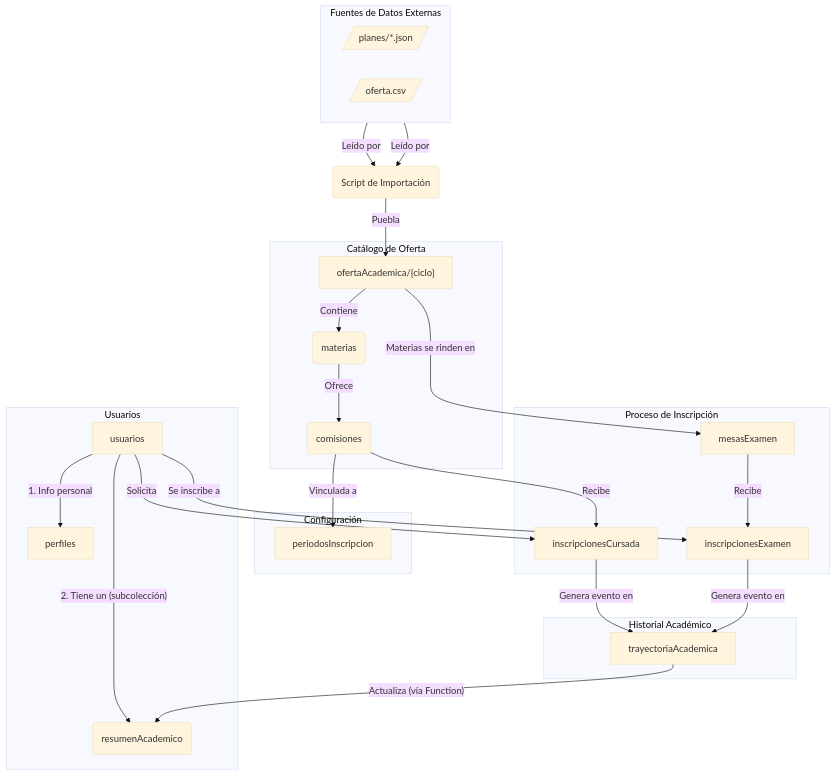
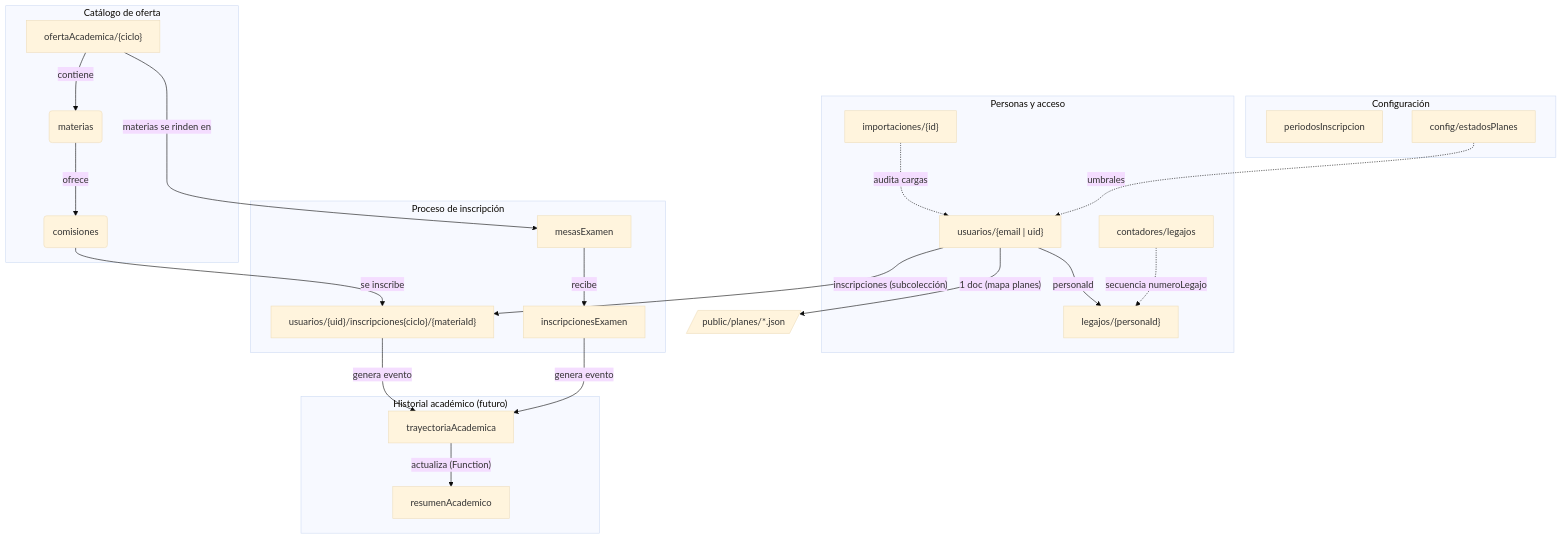
The diagram in docs/modelo-datos.md (informaticaesmn/sige), drawn with Mermaid (base theme) before and after one commit. The commit also changed other lines of this file and 4 other files, not shown here.

````diff
--- a/docs/modelo-datos.md
+++ b/docs/modelo-datos.md
@@ -16,61 +18,48 @@
 ```mermaid
 graph TD
-    subgraph "Fuentes de Datos Externas"
-        direction LR
-        JSON[/"planes/*.json"/]
-        CSV[/"oferta.csv"/]
+    subgraph "Configuración"
+        PI[periodosInscripcion]
+        CFG[config/estadosPlanes]
     end
 
-    subgraph "Configuración"
-        PI[periodosInscripcion]
-    end
-
-    subgraph "Catálogo de Oferta"
+    subgraph "Catálogo de oferta"
         OA["ofertaAcademica/{ciclo}"]
         M(materias)
         S(comisiones)
     end
-    
-    subgraph "Usuarios"
-        U[usuarios]
-        P[perfiles]
-        RA(resumenAcademico)
+
+    subgraph "Personas y acceso"
+        U["usuarios/{email | uid}"]
+        L["legajos/{personaId}"]
+        IMP["importaciones/{id}"]
+        CTR["contadores/legajos"]
     end
 
-    subgraph "Proceso de Inscripción"
-        IC[inscripcionesCursada]
+    subgraph "Proceso de inscripción"
+        IC["usuarios/{uid}/inscripciones{ciclo}/{materiaId}"]
         IE[inscripcionesExamen]
         ME[mesasExamen]
     end
 
-    subgraph "Historial Académico"
+    subgraph "Historial académico (futuro)"
         TA[trayectoriaAcademica]
+        RA[resumenAcademico]
     end
 
-    %% Flujo de Datos de Importación
-    Script("Script de Importación")
-    JSON -- "Leído por" --> Script
-    CSV -- "Leído por" --> Script
-    Script -- "Puebla" --> OA
+    JSON[/"public/planes/*.json"/]
 
-    %% Relaciones Estructurales
-    OA -- "Contiene" --> M
-    M -- "Ofrece" --> S
-    S -- "Vinculada a" --> PI
-    U -- "1. Info personal" --> P
-    U -- "2. Tiene un (subcolección)" --> RA
-
-    %% Flujo de Inscripción a Cursada
-    U -- "Solicita" --> IC
-    S -- "Recibe" --> IC
-    IC -- "Genera evento en" --> TA
-
-    %% Flujo de Inscripción a Examen
-    OA -- "Materias se rinden en" --> ME
-    U -- "Se inscribe a" --> IE
-    ME -- "Recibe" --> IE
-    IE -- "Genera evento en" --> TA
-
-    %% Actualización de Resumen
-    TA -- "Actualiza (vía Function)" --> RA
+    U -- "personaId" --> L
+    U -- "1 doc (mapa planes)" --> JSON
+    U -- "inscripciones (subcolección)" --> IC
+    OA -- "contiene" --> M
+    M -- "ofrece" --> S
+    S -- "se inscribe" --> IC
+    OA -- "materias se rinden en" --> ME
+    ME -- "recibe" --> IE
+    IC -- "genera evento" --> TA
+    IE -- "genera evento" --> TA
+    TA -- "actualiza (Function)" --> RA
+    IMP -. "audita cargas" .-> U
+    CTR -. "secuencia numeroLegajo" .-> L
+    CFG -. "umbrales" .-> U
 ```
````
